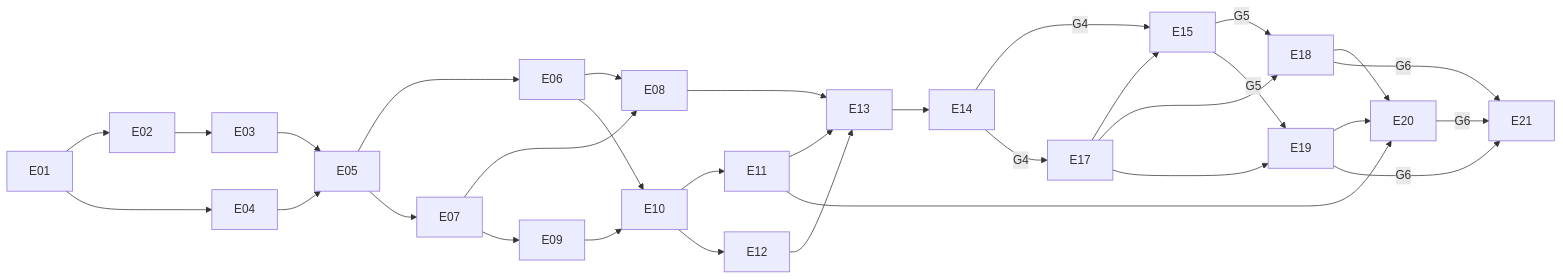
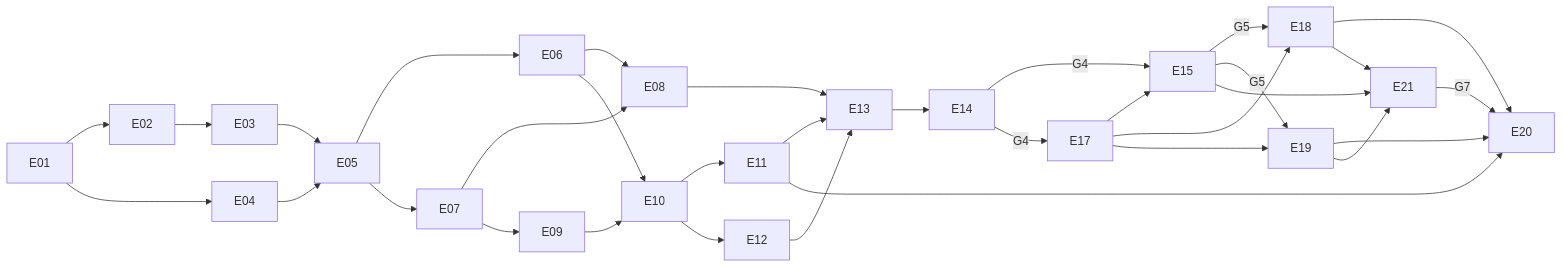
The diagram in docs/plan/README.md (KaanEmec/vitamux), drawn with Mermaid before and after one commit. The commit also changed other lines of this file and 21 other files, not shown here.

````diff
--- a/docs/plan/README.md
+++ b/docs/plan/README.md
@@ -47,17 +47,18 @@
 ```mermaid
 flowchart LR
   E01 --> E02 --> E03 --> E05
   E01 --> E04 --> E05
   E05 --> E06 & E07
   E06 & E07 --> E08
   E07 --> E09
   E06 & E09 --> E10 --> E11
   E10 --> E12
   E08 & E11 & E12 --> E13 --> E14
   E14 -->|G4| E15 -->|G5| E18 & E19
   E14 -->|G4| E17 --> E15
   E17 --> E18 & E19
   E11 --> E20
   E18 & E19 --> E20
-  E18 & E19 & E20 -->|G6| E21
+  E15 & E18 & E19 --> E21
+  E21 -->|G7| E20
 ```
````
